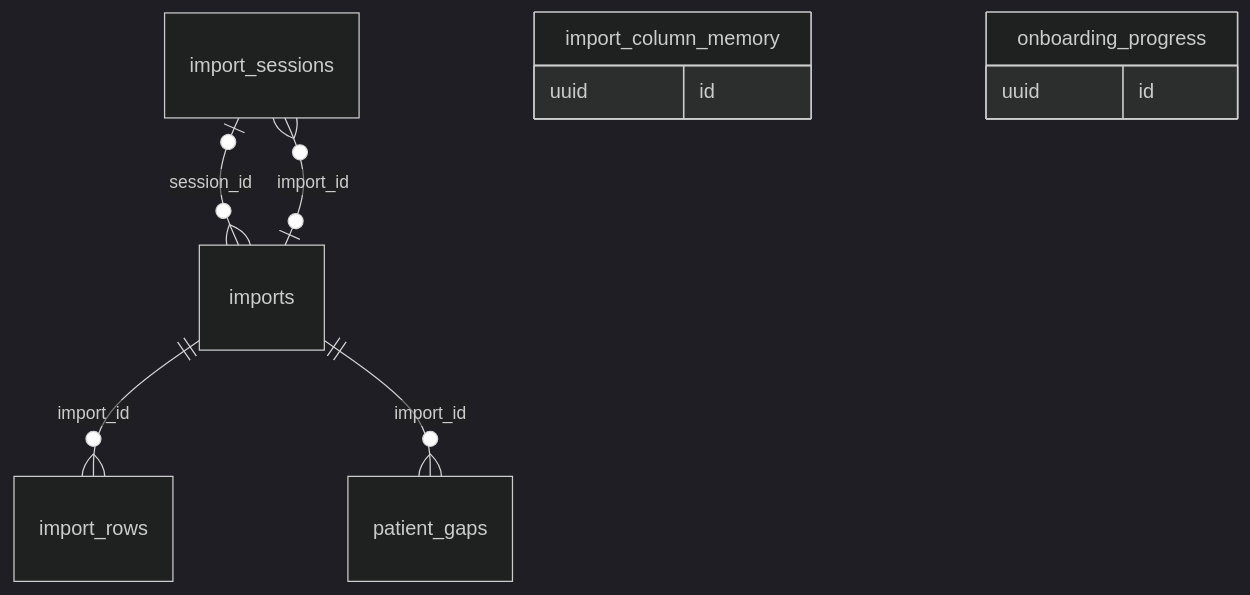
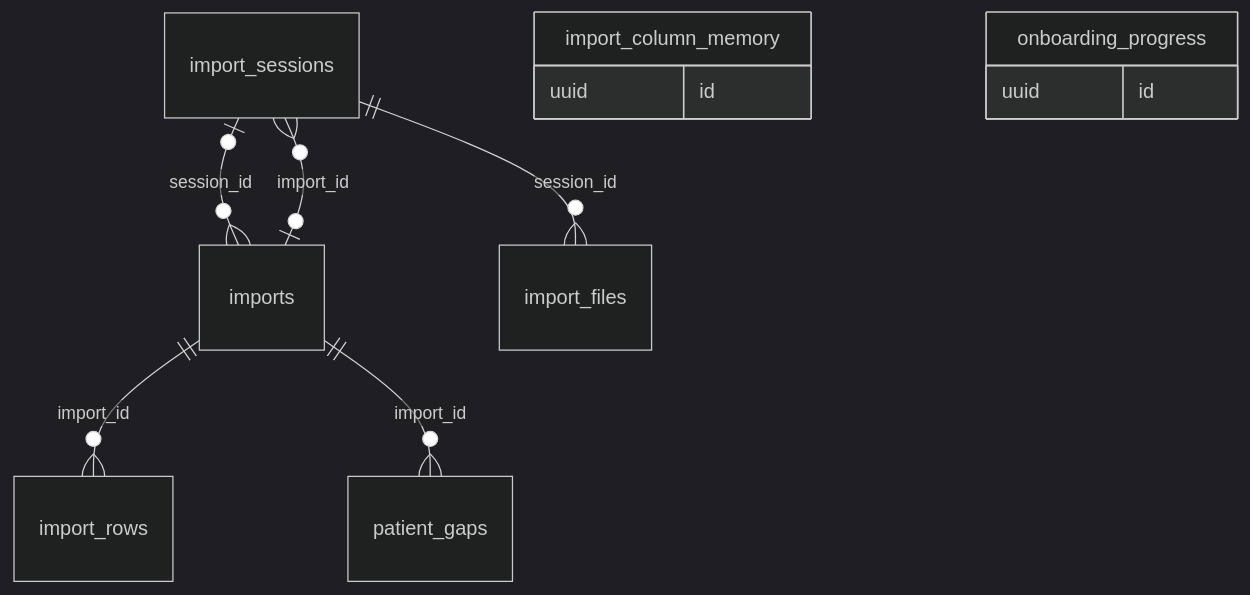
One commit to sakalyatechnologies/aarogyam changed diagram 13 of 13 in docs/database.md. Above: the diagram before and after it, drawn with Mermaid (dark theme). The commit also changed other lines of this file and 41 other files, not shown here.

````diff
--- a/docs/database.md
+++ b/docs/database.md
@@ -3399,13 +3400,14 @@
 ```mermaid
 erDiagram
   import_sessions |o--o{ imports : "session_id"
   imports ||--o{ import_rows : "import_id"
   imports |o--o{ import_sessions : "import_id"
+  import_sessions ||--o{ import_files : "session_id"
   imports ||--o{ patient_gaps : "import_id"
   import_column_memory {
     uuid id
   }
   onboarding_progress {
     uuid id
   }
 ```
````
